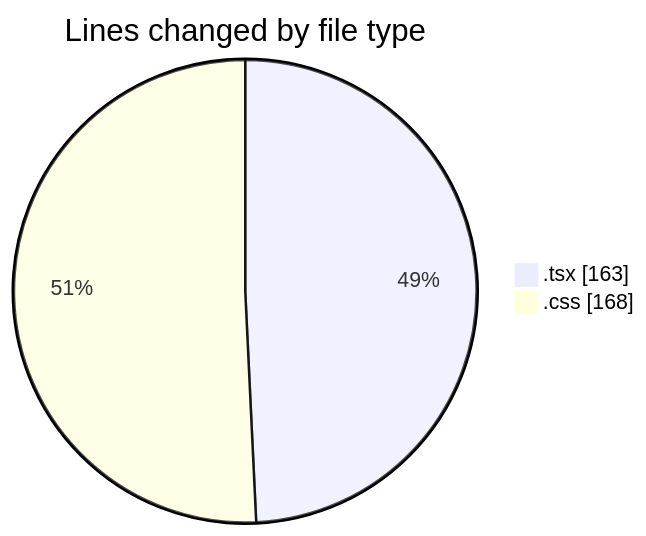
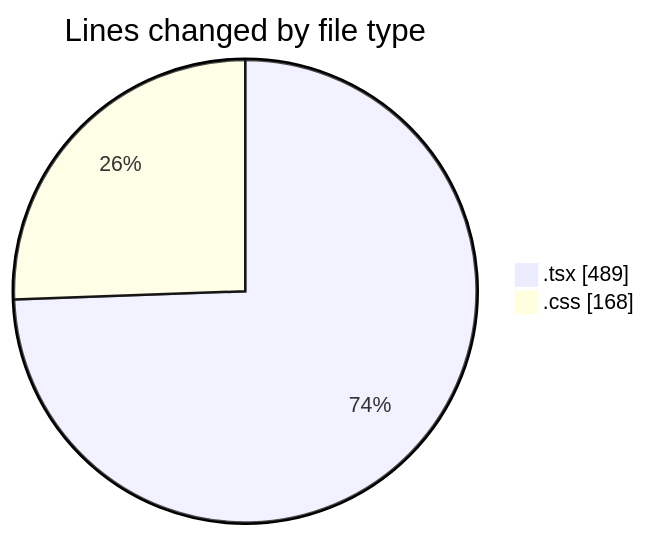
One commit to EIIisD/code-tracking changed the first of 2 diagrams in 2025-08-12/ribbon/README.md. Above: the diagram before and after it, drawn with Mermaid. The commit also changed other lines of this file and 1 other file, not shown here.

````diff
--- a/2025-08-12/ribbon/README.md
+++ b/2025-08-12/ribbon/README.md
@@ -25,6 +27,6 @@
 ```mermaid
 pie showData
 title Lines changed by file type
-".tsx" : 163
+".tsx" : 489
 ".css" : 168
 ```
````
